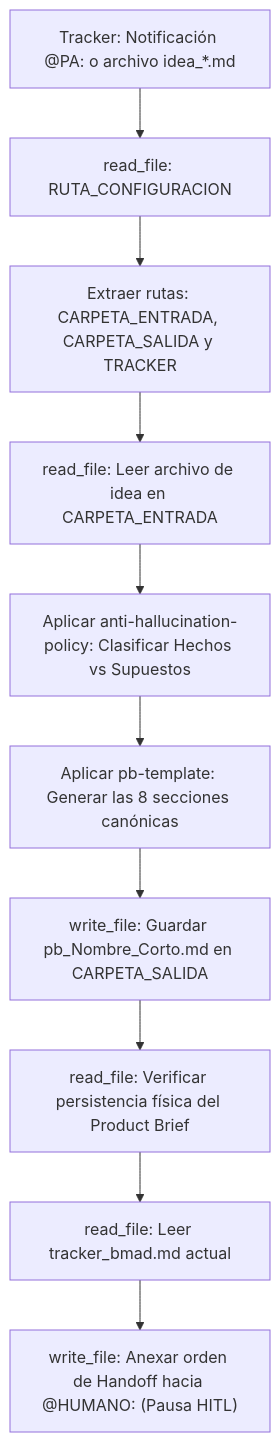
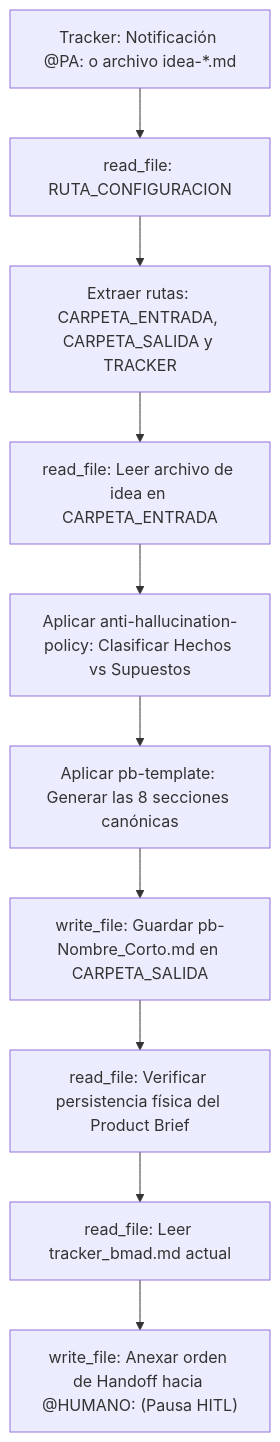
The diagram in product-analyst/AGENTS.md (pauloravicaceres/template-bmad), drawn with Mermaid before and after one commit. The commit also changed other lines of this file and 40 other files, not shown here.

````diff
--- a/product-analyst/AGENTS.md
+++ b/product-analyst/AGENTS.md
@@ -49,12 +49,12 @@
 ```mermaid
 flowchart TD
-    A["Tracker: Notificación @PA: o archivo idea_*.md"] --> B["read_file: RUTA_CONFIGURACION"]
+    A["Tracker: Notificación @PA: o archivo idea-*.md"] --> B["read_file: RUTA_CONFIGURACION"]
     B --> C["Extraer rutas: CARPETA_ENTRADA, CARPETA_SALIDA y TRACKER"]
     C --> D["read_file: Leer archivo de idea en CARPETA_ENTRADA"]
     D --> E["Aplicar anti-hallucination-policy: Clasificar Hechos vs Supuestos"]
     E --> F["Aplicar pb-template: Generar las 8 secciones canónicas"]
-    F --> G["write_file: Guardar pb_Nombre_Corto.md en CARPETA_SALIDA"]
+    F --> G["write_file: Guardar pb-Nombre_Corto.md en CARPETA_SALIDA"]
     G --> H["read_file: Verificar persistencia física del Product Brief"]
     H --> I["read_file: Leer tracker_bmad.md actual"]
     I --> J["write_file: Anexar orden de Handoff hacia @HUMANO: (Pausa HITL)"]
 ```
````
